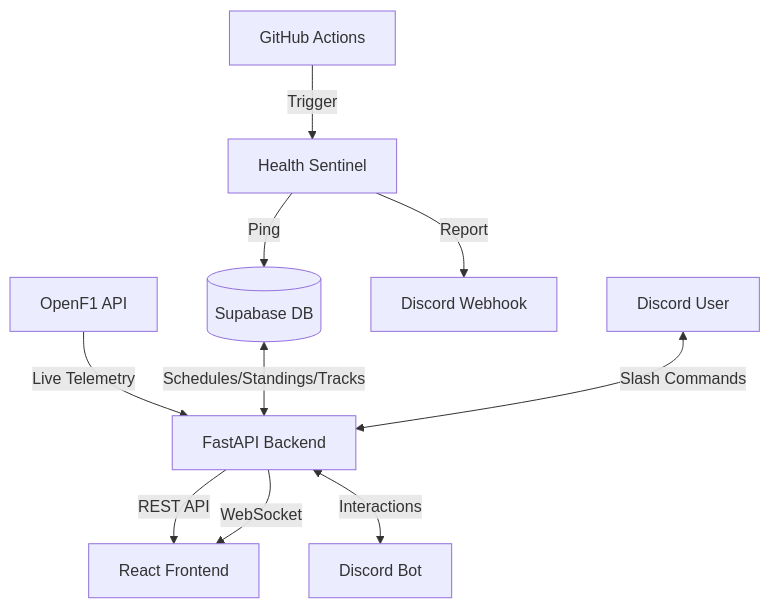
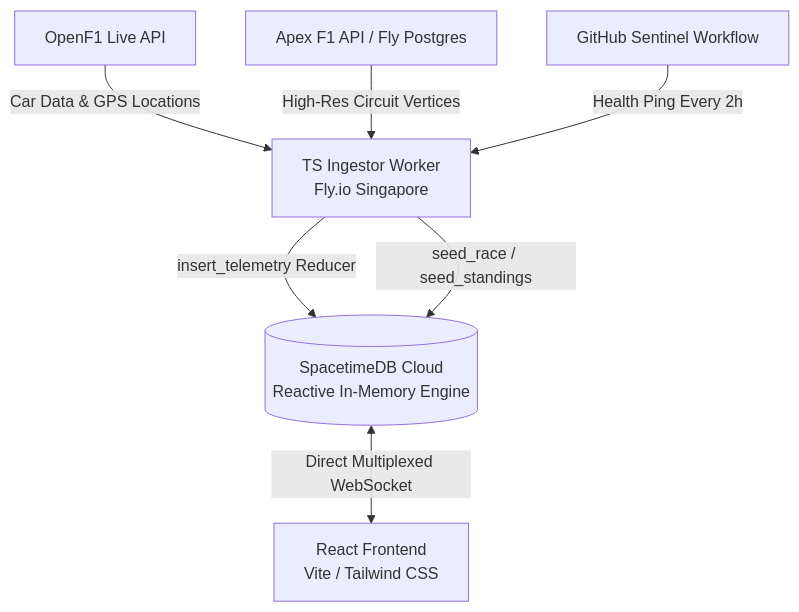
The second of 2 diagrams in README.md (Ashborn-047/silverwall), drawn with Mermaid before and after one commit. The commit also changed other lines of this file, not shown here.

Commit message:
docs: update README badges, SpacetimeDB architecture, and schema

````diff
--- a/README.md
+++ b/README.md
@@ -157,12 +120,9 @@
 ```mermaid
 graph TD
-    A[OpenF1 API] -->|Live Telemetry| B[FastAPI Backend]
-    S[(Supabase DB)] <-->|Schedules/Standings/Tracks| B
-    B -->|REST API| F[React Frontend]
-    B -->|WebSocket| F
-    G[GitHub Actions] -->|Trigger| H[Health Sentinel]
-    H -->|Ping| S
-    H -->|Report| D1[Discord Webhook]
-    U[Discord User] <-->|Slash Commands| B
-    B <-->|Interactions| D2[Discord Bot]
+    A[OpenF1 Live API] -->|Car Data & GPS Locations| I[TS Ingestor Worker<br/>Fly.io Singapore]
+    I -->|insert_telemetry Reducer| S[(SpacetimeDB Cloud<br/>Reactive In-Memory Engine)]
+    I -->|seed_race / seed_standings| S
+    S <-->|Direct Multiplexed WebSocket| F[React Frontend<br/>Vite / Tailwind CSS]
+    AP[Apex F1 API / Fly Postgres] -->|High-Res Circuit Vertices| I
+    G[GitHub Sentinel Workflow] -->|Health Ping Every 2h| I
 ```
````
